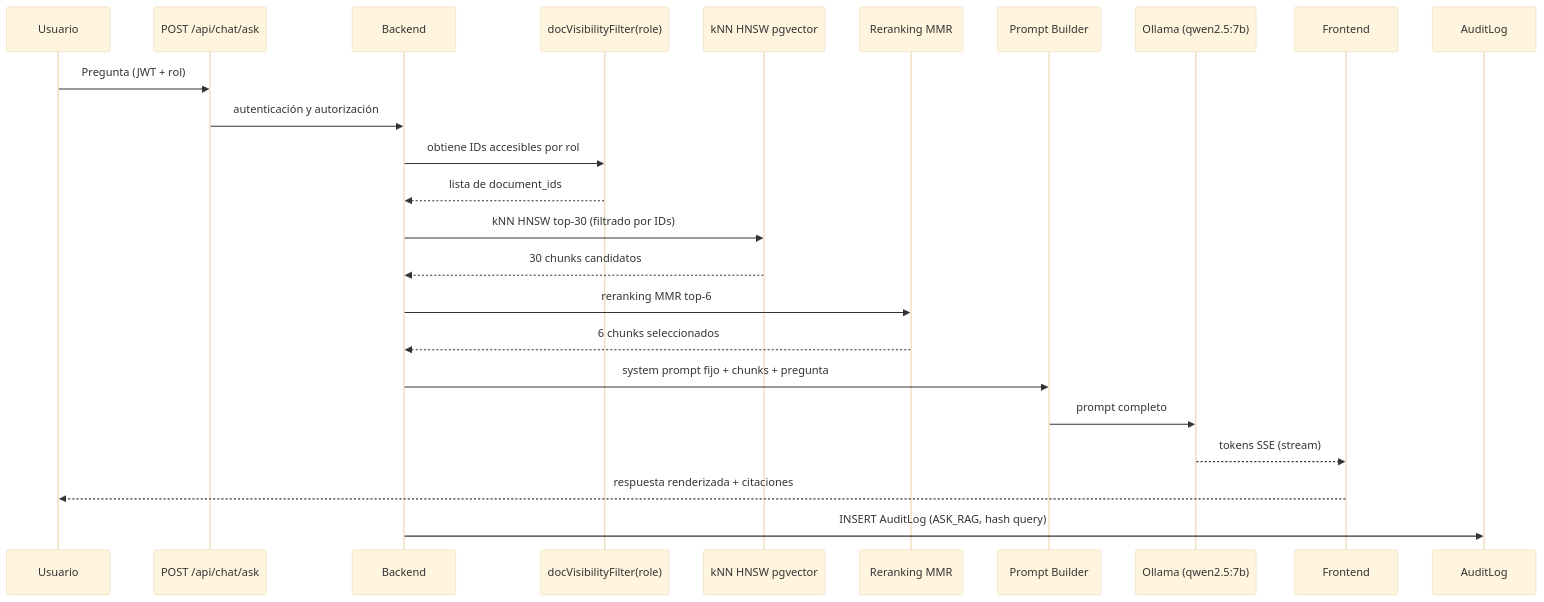
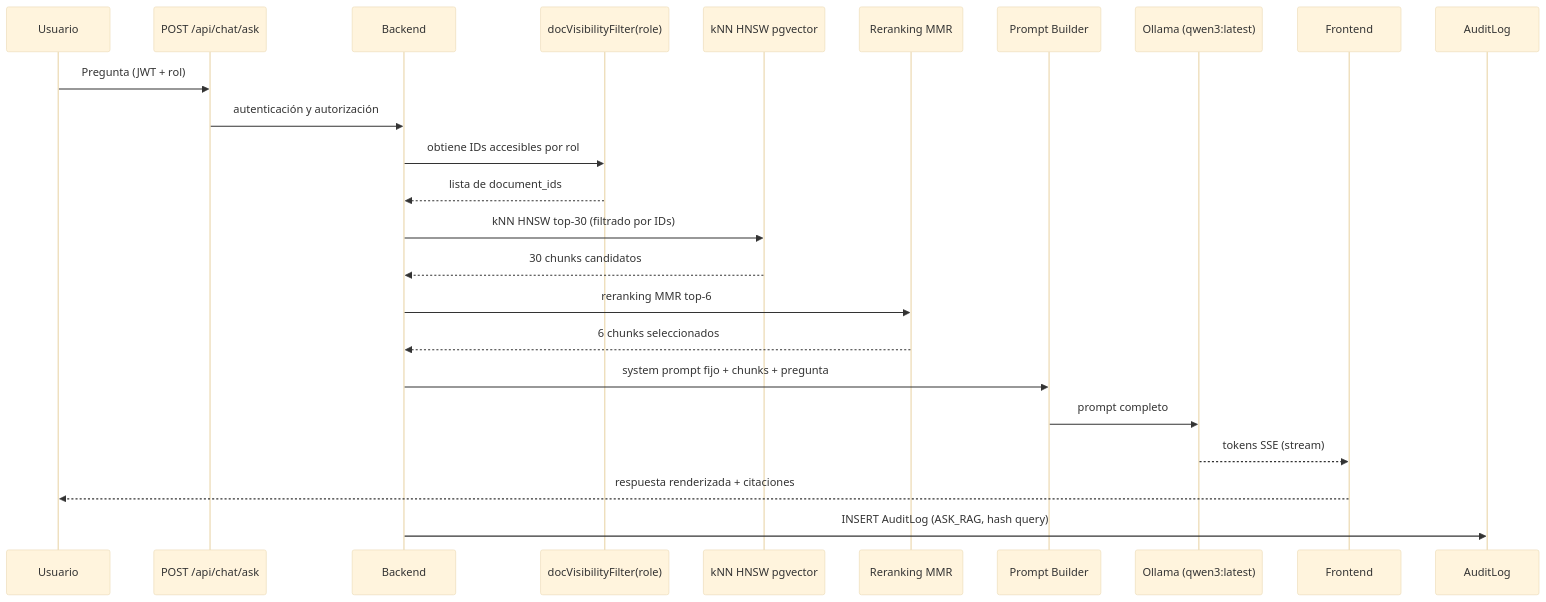
The third of 3 diagrams in docs/ARCHITECTURE.md (pirexia/cmdb-enterprise-platform), drawn with Mermaid (base theme) before and after one commit. The commit also changed other lines of this file and 1 other file, not shown here.

First line of the commit message:
docs(arch): actualizar ARCHITECTURE.md a v3.0.0 con n8n, Redis, Ollama (T1)

````diff
--- a/docs/ARCHITECTURE.md
+++ b/docs/ARCHITECTURE.md
@@ -835,27 +936,27 @@
 ```mermaid
 sequenceDiagram
     participant U as Usuario
     participant API as POST /api/chat/ask
     participant BE as Backend
     participant ACL as docVisibilityFilter(role)
     participant PG as kNN HNSW pgvector
     participant RE as Reranking MMR
     participant PR as Prompt Builder
-    participant OL as Ollama (qwen2.5:7b)
+    participant OL as Ollama (qwen3:latest)
     participant FE as Frontend
     participant AL as AuditLog
 
     U->>API: Pregunta (JWT + rol)
     API->>BE: autenticación y autorización
     BE->>ACL: obtiene IDs accesibles por rol
     ACL-->>BE: lista de document_ids
     BE->>PG: kNN HNSW top-30 (filtrado por IDs)
     PG-->>BE: 30 chunks candidatos
     BE->>RE: reranking MMR top-6
     RE-->>BE: 6 chunks seleccionados
     BE->>PR: system prompt fijo + chunks + pregunta
     PR->>OL: prompt completo
     OL-->>FE: tokens SSE (stream)
     FE-->>U: respuesta renderizada + citaciones
     BE->>AL: INSERT AuditLog (ASK_RAG, hash query)
 ```
````
